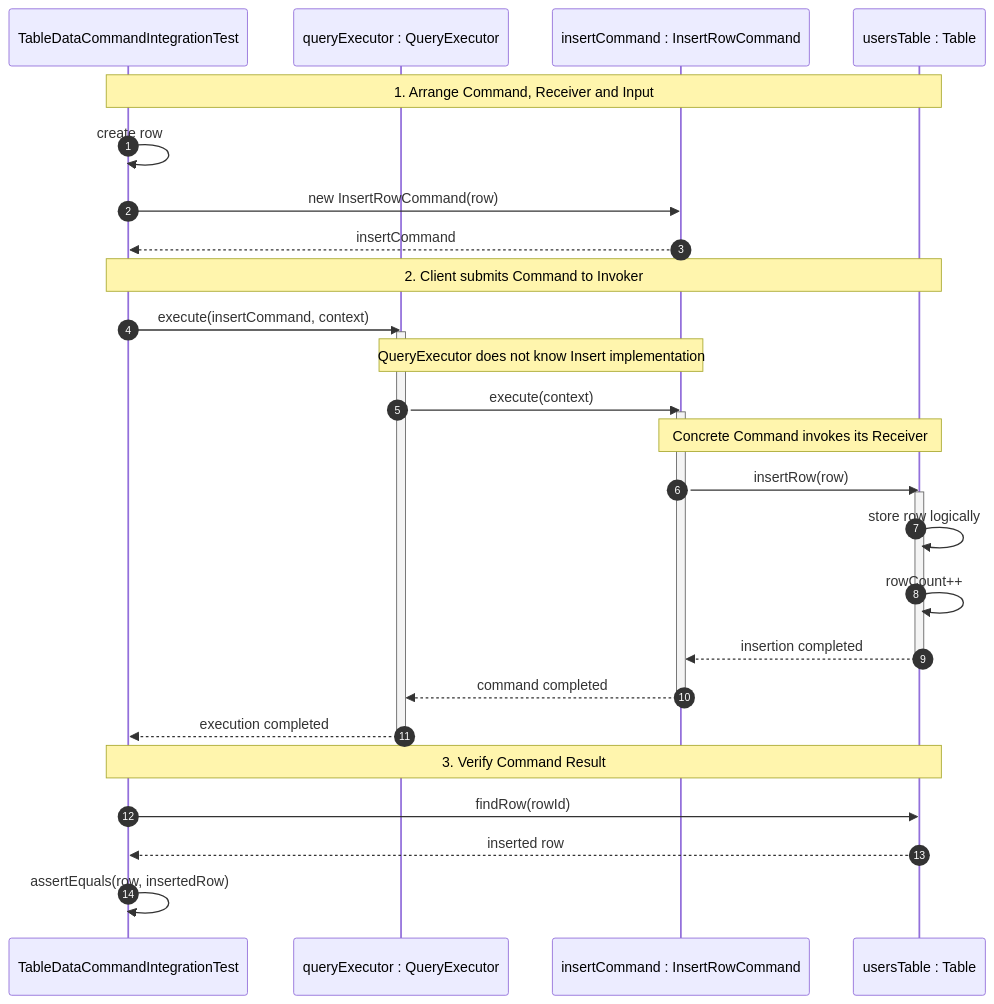
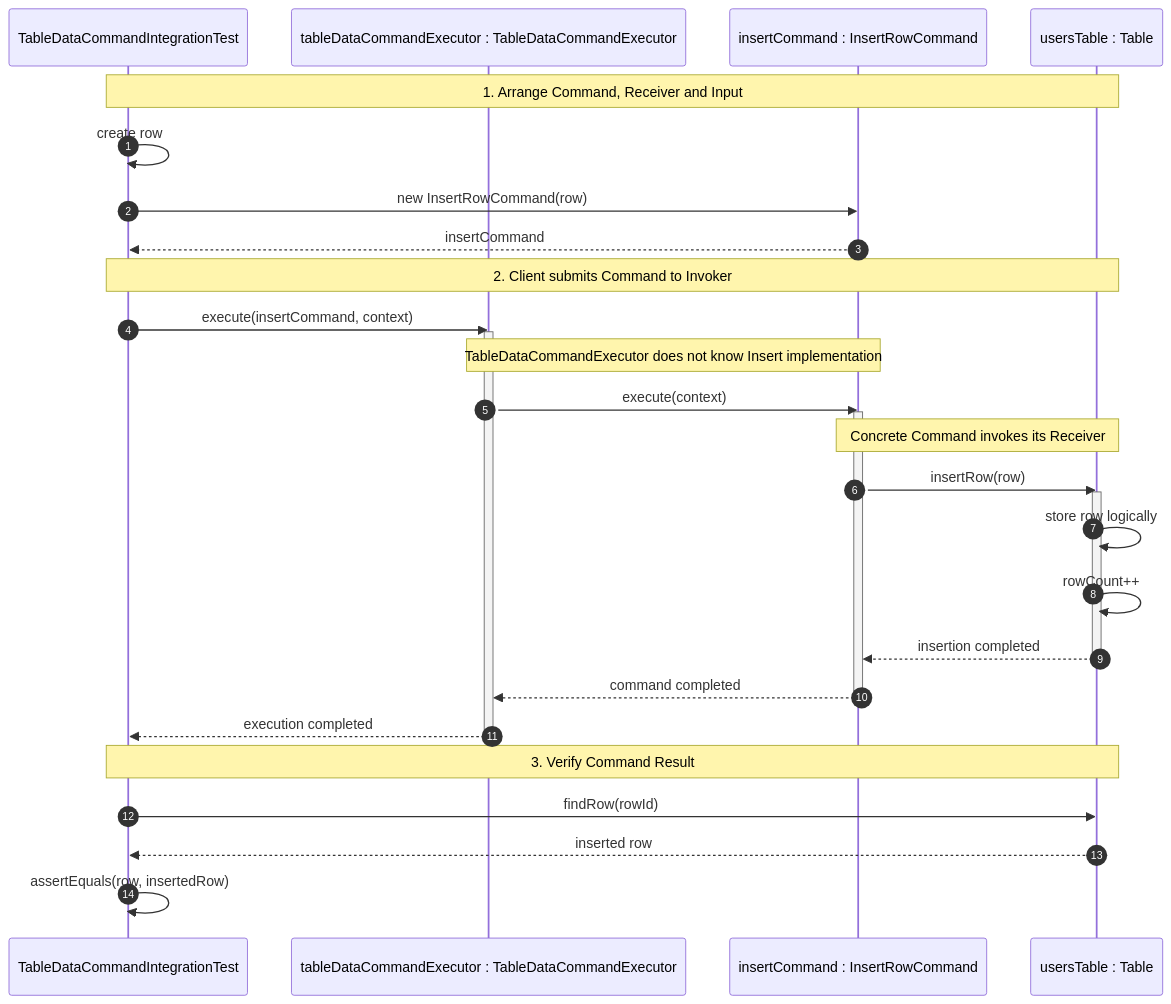
One commit to Huy1801214/dbms-architecture changed diagram 12 of 15 in docs/pattern/README.md. Above: the diagram before and after it, drawn with Mermaid. The commit also changed other lines of this file and 23 other files, not shown here.

Commit message:
implement indexing architecture with support for BTree, Hash, and Bitmap access methods

````diff
--- a/docs/pattern/README.md
+++ b/docs/pattern/README.md
@@ -2667,49 +2966,49 @@
 ```mermaid
 sequenceDiagram
     autonumber
 
     participant Test as TableDataCommandIntegrationTest
-    participant QE as queryExecutor : QueryExecutor
+    participant QE as tableDataCommandExecutor : TableDataCommandExecutor
     participant CMD as insertCommand : InsertRowCommand
     participant T as usersTable : Table
 
     Note over Test,T: 1. Arrange Command, Receiver and Input
 
     Test ->> Test: create row
     Test ->> CMD: new InsertRowCommand(row)
     CMD -->> Test: insertCommand
 
     Note over Test,T: 2. Client submits Command to Invoker
 
     Test ->> QE: execute(insertCommand, context)
     activate QE
 
-    Note over QE,CMD: QueryExecutor does not know Insert implementation
+    Note over QE,CMD: TableDataCommandExecutor does not know Insert implementation
 
     QE ->> CMD: execute(context)
     activate CMD
 
     Note over CMD,T: Concrete Command invokes its Receiver
 
     CMD ->> T: insertRow(row)
     activate T
 
     T ->> T: store row logically
     T ->> T: rowCount++
 
     T -->> CMD: insertion completed
     deactivate T
 
     CMD -->> QE: command completed
     deactivate CMD
 
     QE -->> Test: execution completed
     deactivate QE
 
     Note over Test,T: 3. Verify Command Result
 
     Test ->> T: findRow(rowId)
     T -->> Test: inserted row
 
     Test ->> Test: assertEquals(row, insertedRow)
 ```
````
